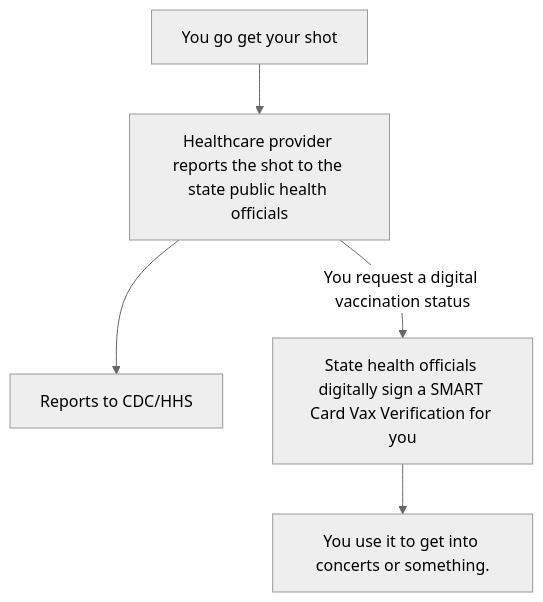
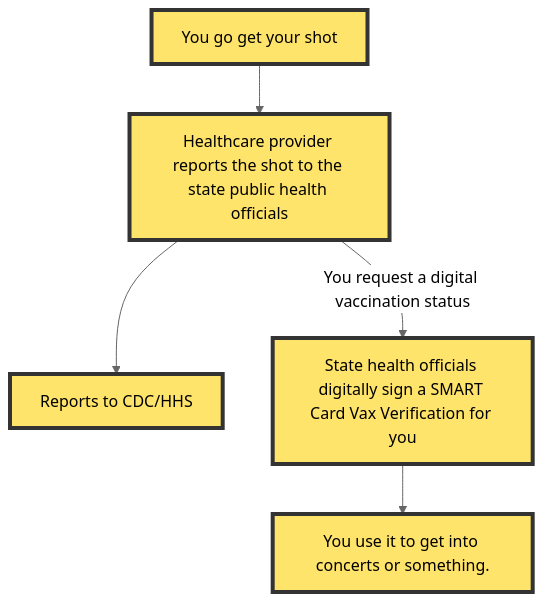
Before and after one commit to BrendanHiggins/BrendanHiggins.github.io: the first of 2 diagrams in _posts/2021-08-20-covid-cards.md, drawn with Mermaid (neutral theme). The commit also changed other lines of this file, not shown here.

```diff
--- a/_posts/2021-08-20-covid-cards.md
+++ b/_posts/2021-08-20-covid-cards.md
@@ -198,8 +198,13 @@
 <div class="mermaid"> 
 graph TD; 
 A[You go get your shot]-->B; 
 B[Healthcare provider reports the shot to the state public health officials]-->C;
 B-- You request a digital vaccination status -->D[State health officials digitally sign a SMART Card Vax Verification for you]
 C[Reports to CDC/HHS]
 D-->E[You use it to get into concerts or something.]
+style A fill:#FFE46B,stroke:#333,stroke-width:4px
+style B fill:#FFE46B,stroke:#333,stroke-width:4px
+style C fill:#FFE46B,stroke:#333,stroke-width:4px
+style D fill:#FFE46B,stroke:#333,stroke-width:4px
+style E fill:#FFE46B,stroke:#333,stroke-width:4px
 </div>
```
